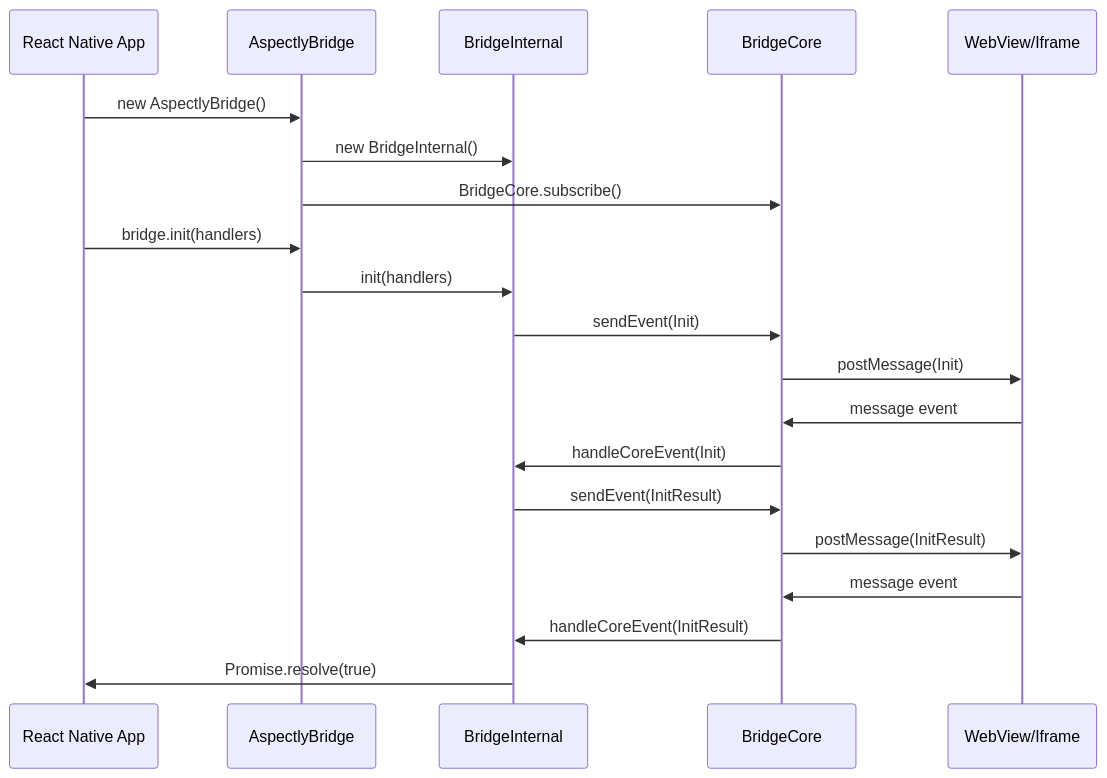
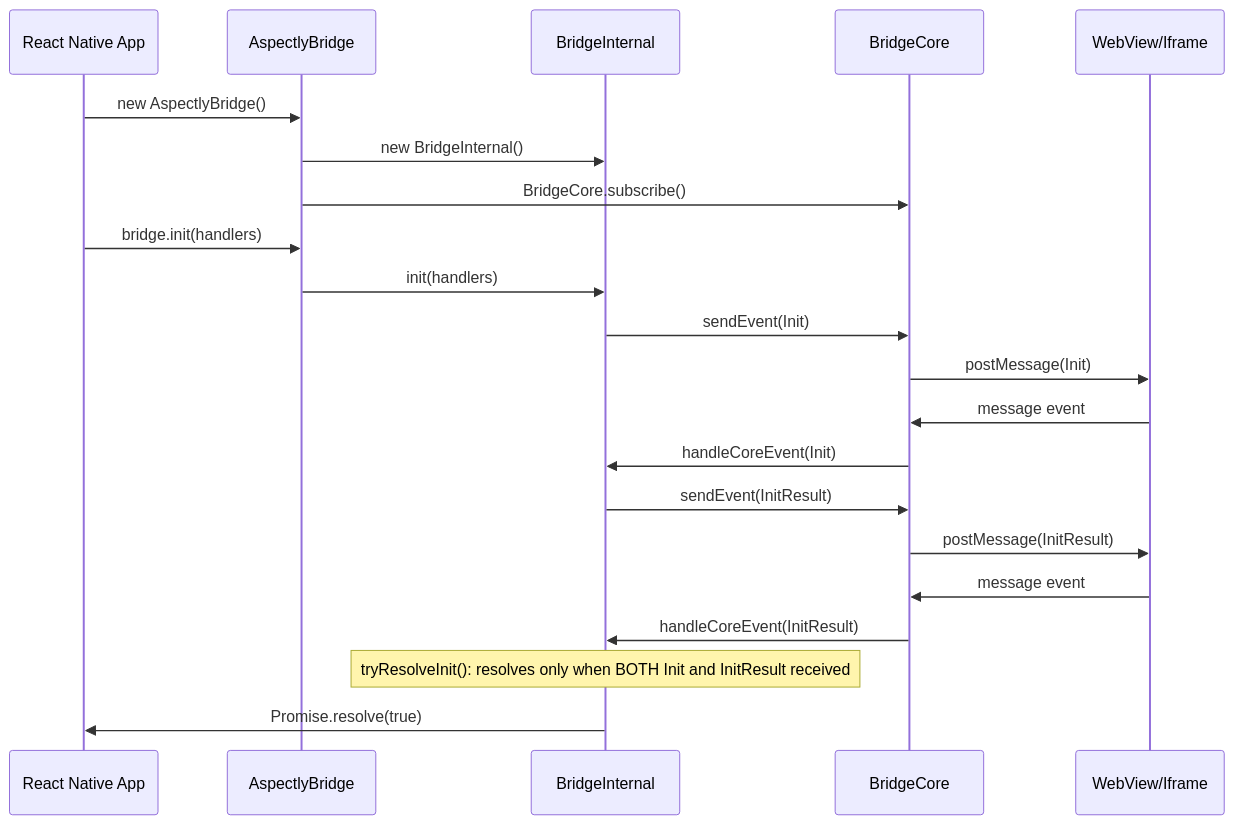
Before and after one commit to JeanIsahakyan/aspectly: the first of 3 diagrams in docs/ARCHITECTURE.md, drawn with Mermaid. The commit also changed other lines of this file and 5 other files, not shown here.

````diff
--- a/docs/ARCHITECTURE.md
+++ b/docs/ARCHITECTURE.md
@@ -178,26 +183,27 @@
 ```mermaid
 sequenceDiagram
     participant App as React Native App
     participant Bridge as AspectlyBridge
     participant Internal as BridgeInternal
     participant Core as BridgeCore
     participant Web as WebView/Iframe
 
     App->>Bridge: new AspectlyBridge()
     Bridge->>Internal: new BridgeInternal()
     Bridge->>Core: BridgeCore.subscribe()
     
     App->>Bridge: bridge.init(handlers)
     Bridge->>Internal: init(handlers)
     Internal->>Core: sendEvent(Init)
     Core->>Web: postMessage(Init)
-    
+
     Web->>Core: message event
     Core->>Internal: handleCoreEvent(Init)
     Internal->>Core: sendEvent(InitResult)
     Core->>Web: postMessage(InitResult)
-    
+
     Web->>Core: message event
     Core->>Internal: handleCoreEvent(InitResult)
+    Note over Internal: tryResolveInit(): resolves only when BOTH Init and InitResult received
     Internal->>App: Promise.resolve(true)
 ```
````
